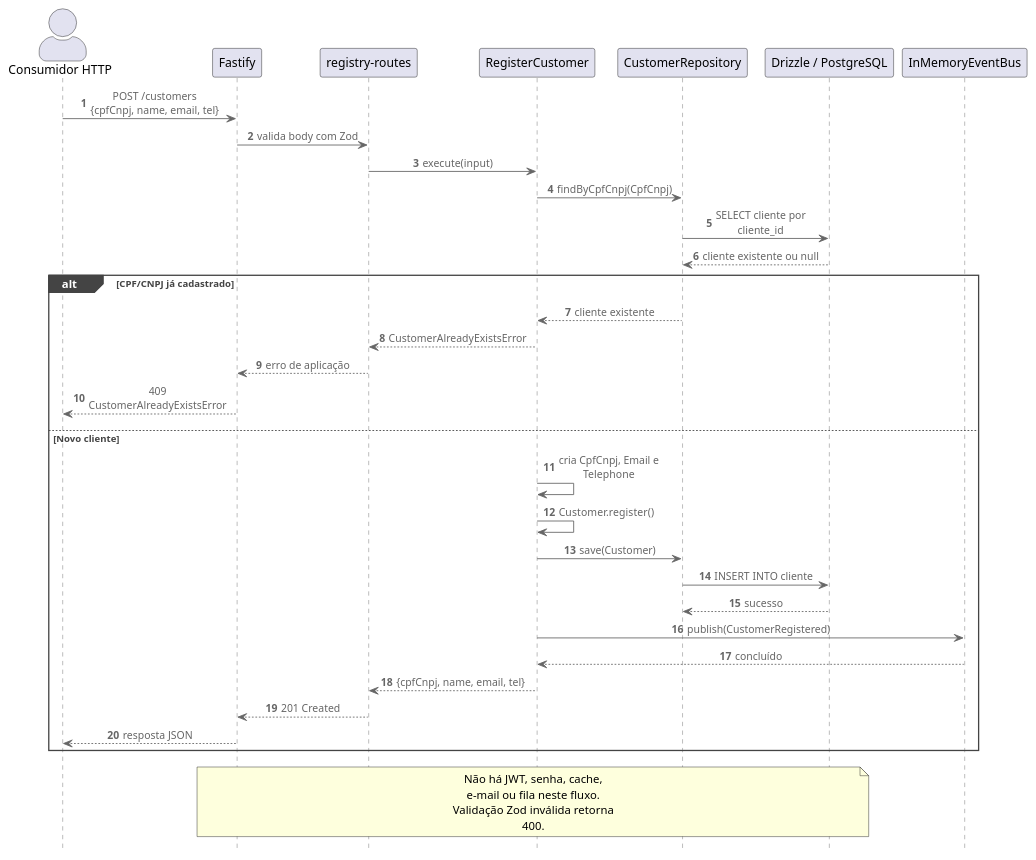
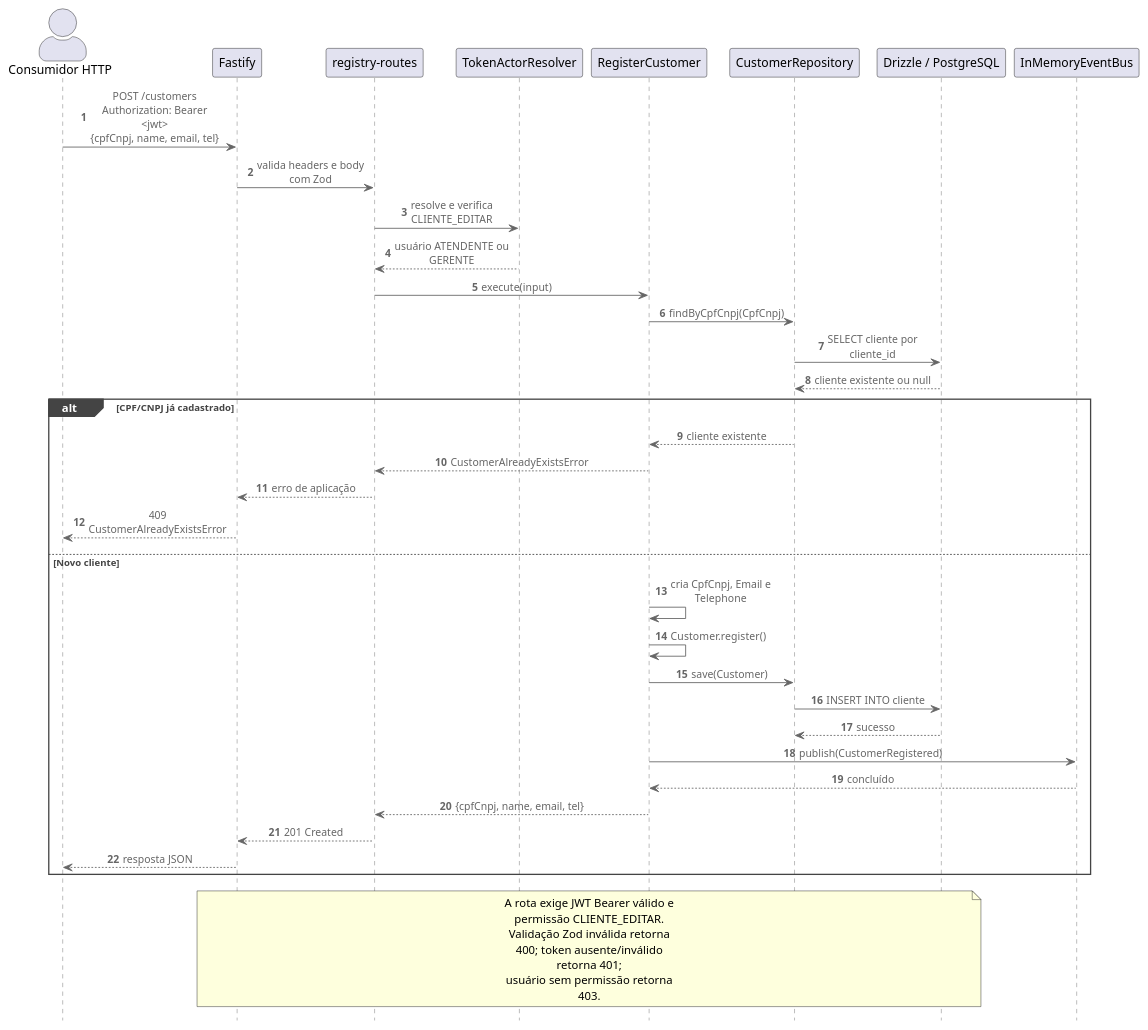
Before and after one commit to 15soat-fiap-45/api.mecanica: the diagram in docs/plantuml/flows/client-registration.puml, drawn with PlantUML. The commit also changed 13 other files, not shown here.

First line of the commit message:
docs(architecture): align diagrams and setup docs with current API

```diff
--- a/docs/plantuml/flows/client-registration.puml
+++ b/docs/plantuml/flows/client-registration.puml
@@ -1,42 +1,46 @@
 @startuml Fluxo: Registrar Cliente
 !include https://raw.githubusercontent.com/plantuml-stdlib/C4-PlantUML/master/C4_Sequence.puml
 autonumber
 
 actor Client as "Consumidor HTTP"
 participant API as "Fastify"
 participant Route as "registry-routes"
+participant Actor as "TokenActorResolver"
 participant UseCase as "RegisterCustomer"
 participant Repo as "CustomerRepository"
 participant DB as "Drizzle / PostgreSQL"
 participant Bus as "InMemoryEventBus"
 
-Client -> API: POST /customers\n{cpfCnpj, name, email, tel}
-API -> Route: valida body com Zod
+Client -> API: POST /customers\nAuthorization: Bearer <jwt>\n{cpfCnpj, name, email, tel}
+API -> Route: valida headers e body com Zod
+Route -> Actor: resolve e verifica CLIENTE_EDITAR
+Actor --> Route: usuário ATENDENTE ou GERENTE
 Route -> UseCase: execute(input)
 UseCase -> Repo: findByCpfCnpj(CpfCnpj)
 Repo -> DB: SELECT cliente por cliente_id
 DB --> Repo: cliente existente ou null
 
 alt CPF/CNPJ já cadastrado
     Repo --> UseCase: cliente existente
     UseCase --> Route: CustomerAlreadyExistsError
     Route --> API: erro de aplicação
     API --> Client: 409 CustomerAlreadyExistsError
 else Novo cliente
     UseCase -> UseCase: cria CpfCnpj, Email e Telephone
     UseCase -> UseCase: Customer.register()
     UseCase -> Repo: save(Customer)
     Repo -> DB: INSERT INTO cliente
     DB --> Repo: sucesso
     UseCase -> Bus: publish(CustomerRegistered)
     Bus --> UseCase: concluído
     UseCase --> Route: {cpfCnpj, name, email, tel}
     Route --> API: 201 Created
     API --> Client: resposta JSON
 end
 
 note over API,DB
-    Não há JWT, senha, cache, e-mail ou fila neste fluxo.
-    Validação Zod inválida retorna 400.
+    A rota exige JWT Bearer válido e permissão CLIENTE_EDITAR.
+    Validação Zod inválida retorna 400; token ausente/inválido retorna 401;
+    usuário sem permissão retorna 403.
 end note
 @enduml
```
